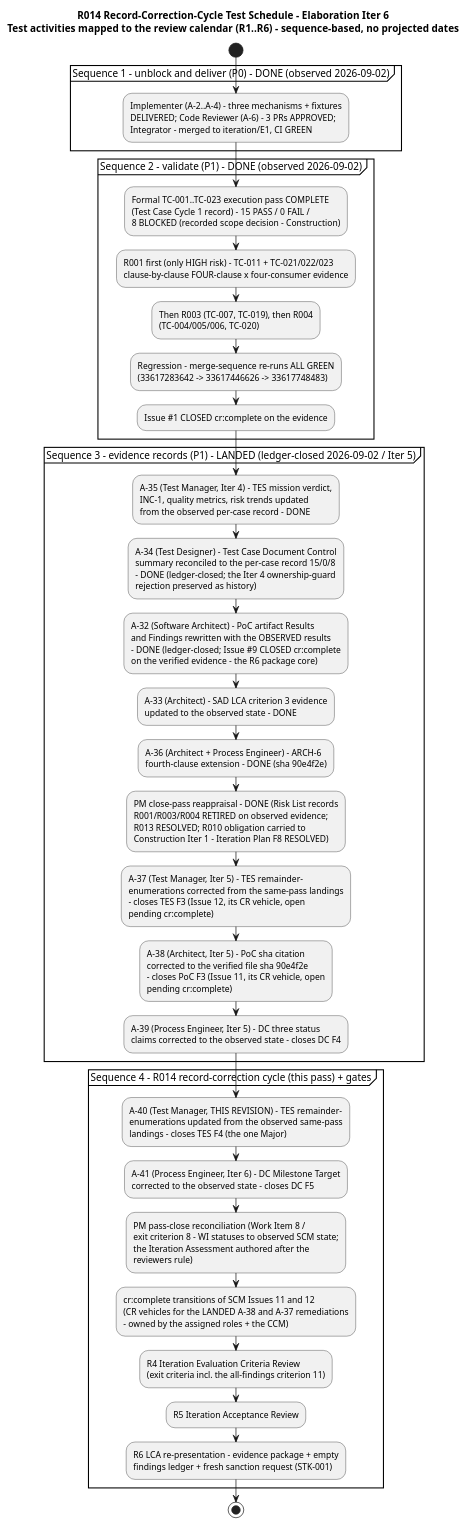
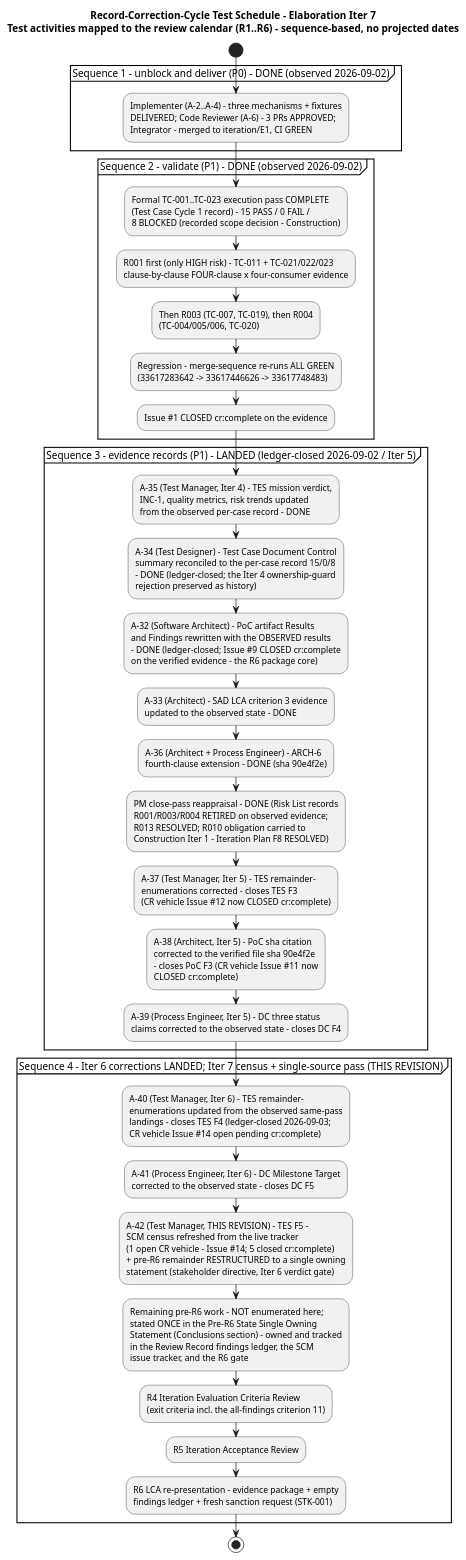
One commit to banense-test/employee-portal changed the fourth of 5 diagrams in docs/artifacts/test/test-evaluation-summary.md. Above: the diagram before and after it, drawn with PlantUML. The commit also changed other lines of this file, not shown here.

First line of the commit message:
Test Manager [E7]: upsert Test Evaluation Summary

````diff
--- a/docs/artifacts/test/test-evaluation-summary.md
+++ b/docs/artifacts/test/test-evaluation-summary.md
@@ -231,38 +231,38 @@
 ```plantuml
 @startuml
-title R014 Record-Correction-Cycle Test Schedule - Elaboration Iter 6\nTest activities mapped to the review calendar (R1..R6) - sequence-based, no projected dates
+title Record-Correction-Cycle Test Schedule - Elaboration Iter 7\nTest activities mapped to the review calendar (R1..R6) - sequence-based, no projected dates
 
 start
 partition "Sequence 1 - unblock and deliver (P0) - DONE (observed 2026-09-02)" {
   :Implementer (A-2..A-4) - three mechanisms + fixtures\nDELIVERED; Code Reviewer (A-6) - 3 PRs APPROVED;\nIntegrator - merged to iteration/E1, CI GREEN;
 }
 partition "Sequence 2 - validate (P1) - DONE (observed 2026-09-02)" {
   :Formal TC-001..TC-023 execution pass COMPLETE\n(Test Case Cycle 1 record) - 15 PASS / 0 FAIL /\n8 BLOCKED (recorded scope decision - Construction);
   :R001 first (only HIGH risk) - TC-011 + TC-021/022/023\nclause-by-clause FOUR-clause x four-consumer evidence;
   :Then R003 (TC-007, TC-019), then R004\n(TC-004/005/006, TC-020);
   :Regression - merge-sequence re-runs ALL GREEN\n(33617283642 -> 33617446626 -> 33617748483);
   :Issue #1 CLOSED cr:complete on the evidence;
 }
 partition "Sequence 3 - evidence records (P1) - LANDED (ledger-closed 2026-09-02 / Iter 5)" {
   :A-35 (Test Manager, Iter 4) - TES mission verdict,\nINC-1, quality metrics, risk trends updated\nfrom the observed per-case record - DONE;
   :A-34 (Test Designer) - Test Case Document Control\nsummary reconciled to the per-case record 15/0/8\n- DONE (ledger-closed; the Iter 4 ownership-guard\nrejection preserved as history);
   :A-32 (Software Architect) - PoC artifact Results\nand Findings rewritten with the OBSERVED results\n- DONE (ledger-closed; Issue #9 CLOSED cr:complete\non the verified evidence - the R6 package core);
   :A-33 (Architect) - SAD LCA criterion 3 evidence\nupdated to the observed state - DONE;
   :A-36 (Architect + Process Engineer) - ARCH-6\nfourth-clause extension - DONE (sha 90e4f2e);
   :PM close-pass reappraisal - DONE (Risk List records\nR001/R003/R004 RETIRED on observed evidence;\nR013 RESOLVED; R010 obligation carried to\nConstruction Iter 1 - Iteration Plan F8 RESOLVED);
-  :A-37 (Test Manager, Iter 5) - TES remainder-\nenumerations corrected from the same-pass landings\n- closes TES F3 (Issue 12, its CR vehicle, open\npending cr:complete);
-  :A-38 (Architect, Iter 5) - PoC sha citation\ncorrected to the verified file sha 90e4f2e\n- closes PoC F3 (Issue 11, its CR vehicle, open\npending cr:complete);
+  :A-37 (Test Manager, Iter 5) - TES remainder-\nenumerations corrected - closes TES F3\n(CR vehicle Issue #12 now CLOSED cr:complete);
+  :A-38 (Architect, Iter 5) - PoC sha citation\ncorrected to the verified file sha 90e4f2e\n- closes PoC F3 (CR vehicle Issue #11 now\nCLOSED cr:complete);
   :A-39 (Process Engineer, Iter 5) - DC three status\nclaims corrected to the observed state - closes DC F4;
 }
-partition "Sequence 4 - R014 record-correction cycle (this pass) + gates" {
-  :A-40 (Test Manager, THIS REVISION) - TES remainder-\nenumerations updated from the observed same-pass\nlandings - closes TES F4 (the one Major);
+partition "Sequence 4 - Iter 6 corrections LANDED; Iter 7 census + single-source pass (THIS REVISION)" {
+  :A-40 (Test Manager, Iter 6) - TES remainder-\nenumerations updated from the observed same-pass\nlandings - closes TES F4 (ledger-closed 2026-09-03;\nCR vehicle Issue #14 open pending cr:complete);
   :A-41 (Process Engineer, Iter 6) - DC Milestone Target\ncorrected to the observed state - closes DC F5;
-  :PM pass-close reconciliation (Work Item 8 /\nexit criterion 8 - WI statuses to observed SCM state;\nthe Iteration Assessment authored after the\nreviewers rule);
-  :cr:complete transitions of SCM Issues 11 and 12\n(CR vehicles for the LANDED A-38 and A-37 remediations\n- owned by the assigned roles + the CCM);
+  :A-42 (Test Manager, THIS REVISION) - TES F5 -\nSCM census refreshed from the live tracker\n(1 open CR vehicle - Issue #14; 5 closed cr:complete)\n+ pre-R6 remainder RESTRUCTURED to a single owning\nstatement (stakeholder directive, Iter 6 verdict gate);
+  :Remaining pre-R6 work - NOT enumerated here;\nstated ONCE in the Pre-R6 State Single Owning\nStatement (Conclusions section) - owned and tracked\nin the Review Record findings ledger, the SCM\nissue tracker, and the R6 gate;
   :R4 Iteration Evaluation Criteria Review\n(exit criteria incl. the all-findings criterion 11);
   :R5 Iteration Acceptance Review;
   :R6 LCA re-presentation - evidence package + empty\nfindings ledger + fresh sanction request (STK-001);
 }
 stop
 @enduml
 ```
````
